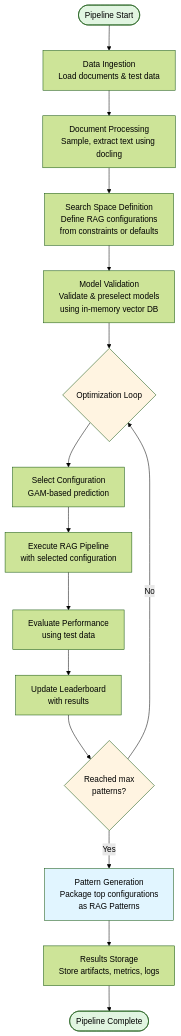
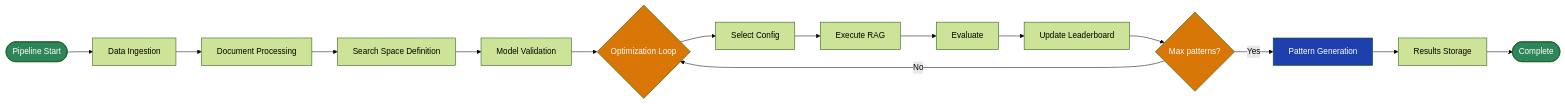
One commit to opendatahub-io/architecture-decision-records changed the diagram in architecture-decision-records/autorag/ODH-ADR-0001-autorag.md. Above: the diagram before and after it, drawn with Mermaid (forest theme).

Commit message:
flow chart optimized

````diff
--- a/architecture-decision-records/autorag/ODH-ADR-0001-autorag.md
+++ b/architecture-decision-records/autorag/ODH-ADR-0001-autorag.md
@@ -66,23 +66,23 @@
 ```mermaid
-flowchart TD
-    Start([Pipeline Start]) --> DataIngestion[Data Ingestion<br/>Load documents & test data]
-    DataIngestion --> DocProcessing[Document Processing<br/>Sample, extract text using docling]
-    DocProcessing --> SearchSpace[Search Space Definition<br/>Define RAG configurations<br/>from constraints or defaults]
-    SearchSpace --> ModelValidation[Model Validation<br/>Validate & preselect models<br/>using in-memory vector DB]
+flowchart LR
+    Start([Pipeline Start]) --> DataIngestion[Data Ingestion]
+    DataIngestion --> DocProcessing[Document Processing]
+    DocProcessing --> SearchSpace[Search Space Definition]
+    SearchSpace --> ModelValidation[Model Validation]
     ModelValidation --> OptLoop{Optimization Loop}
-    OptLoop --> SelectConfig[Select Configuration<br/>GAM-based prediction]
-    SelectConfig --> ExecuteRAG[Execute RAG Pipeline<br/>with selected configuration]
-    ExecuteRAG --> Evaluate[Evaluate Performance<br/>using test data]
-    Evaluate --> UpdateLeaderboard[Update Leaderboard<br/>with results]
-    UpdateLeaderboard --> CheckMax{Reached max<br/>patterns?}
+    OptLoop --> SelectConfig[Select Config]
+    SelectConfig --> ExecuteRAG[Execute RAG]
+    ExecuteRAG --> Evaluate[Evaluate]
+    Evaluate --> UpdateLeaderboard[Update Leaderboard]
+    UpdateLeaderboard --> CheckMax{Max patterns?}
     CheckMax -->|No| OptLoop
-    CheckMax -->|Yes| PatternGen[Pattern Generation<br/>Package top configurations<br/>as RAG Patterns]
-    PatternGen --> ResultsStorage[Results Storage<br/>Store artifacts, metrics, logs]
-    ResultsStorage --> End([Pipeline Complete])
+    CheckMax -->|Yes| PatternGen[Pattern Generation]
+    PatternGen --> ResultsStorage[Results Storage]
+    ResultsStorage --> End([Complete])
     
-    style Start fill:#e1f5e1
-    style End fill:#e1f5e1
-    style OptLoop fill:#fff4e1
-    style CheckMax fill:#fff4e1
-    style PatternGen fill:#e1f5ff
+    style Start fill:#2d8659,color:#fff
+    style End fill:#2d8659,color:#fff
+    style OptLoop fill:#d97706,color:#fff
+    style CheckMax fill:#d97706,color:#fff
+    style PatternGen fill:#1e40af,color:#fff
 ```
````
